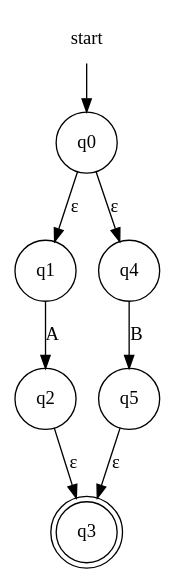
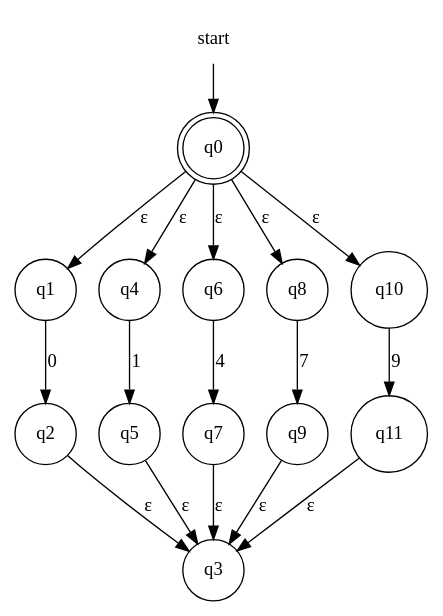
The diagram in fase1/RE-eNFA/regex_3.dot (evertheylen/TA_TO), drawn with Graphviz before and after one commit. The commit also changed 6 other files, not shown here.

```diff
--- a/fase1/RE-eNFA/regex_3.dot
+++ b/fase1/RE-eNFA/regex_3.dot
@@ -1,12 +1,21 @@
 digraph automaton {
     node [shape=none]; start;
-    node [shape=doublecircle]; "q3";
+    node [shape=doublecircle]; "q0";
     node [shape=circle];
     start -> "q0";
     "q0" -> "q1" [label="&epsilon;"];
     "q0" -> "q4" [label="&epsilon;"];
-    "q1" -> "q2" [label="A"];
+    "q0" -> "q6" [label="&epsilon;"];
+    "q0" -> "q8" [label="&epsilon;"];
+    "q0" -> "q10" [label="&epsilon;"];
+    "q1" -> "q2" [label="0"];
     "q2" -> "q3" [label="&epsilon;"];
-    "q4" -> "q5" [label="B"];
+    "q4" -> "q5" [label="1"];
     "q5" -> "q3" [label="&epsilon;"];
+    "q6" -> "q7" [label="4"];
+    "q7" -> "q3" [label="&epsilon;"];
+    "q8" -> "q9" [label="7"];
+    "q9" -> "q3" [label="&epsilon;"];
+    "q10" -> "q11" [label="9"];
+    "q11" -> "q3" [label="&epsilon;"];
 }
```
